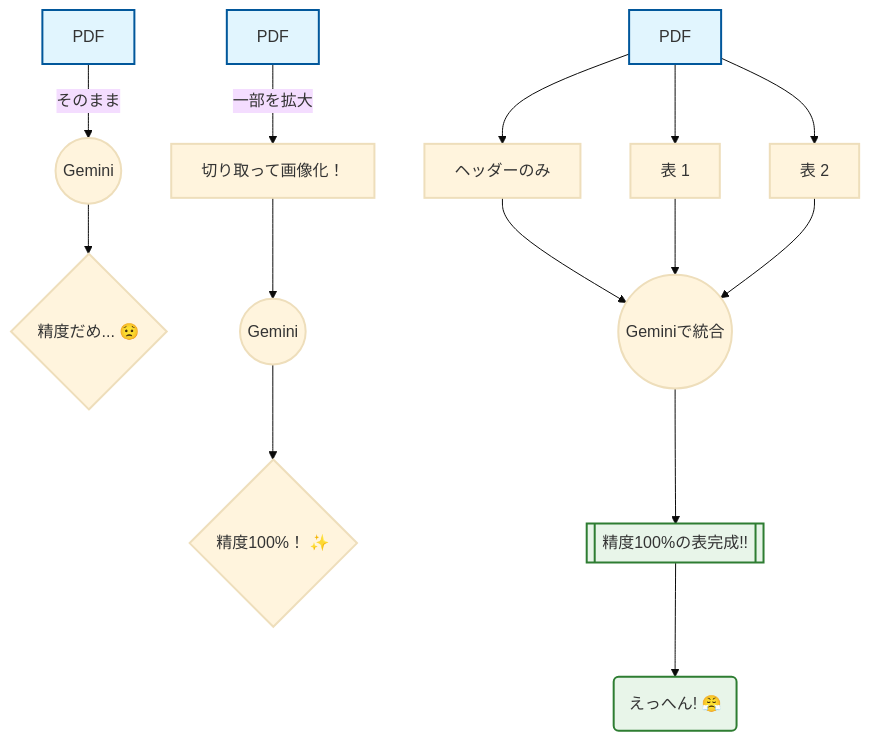
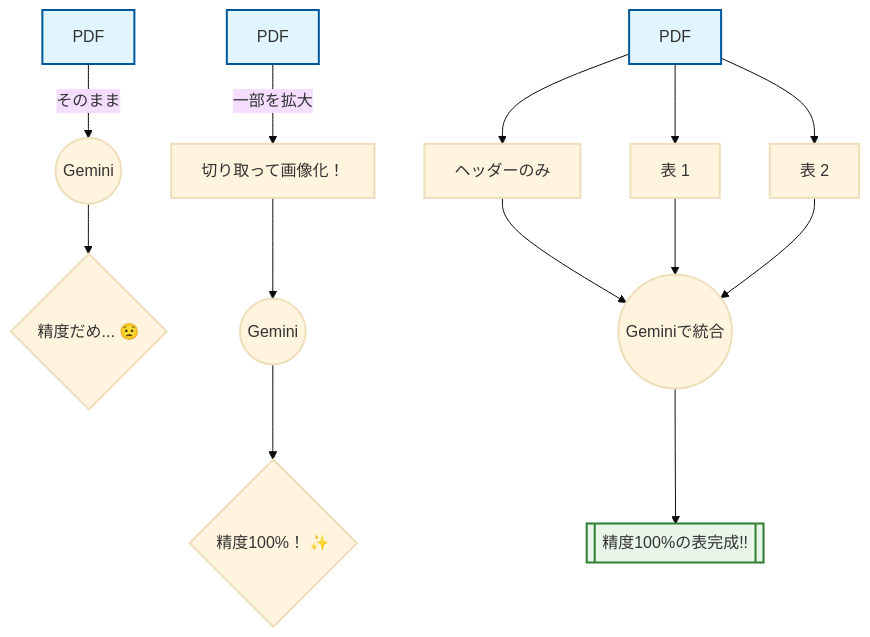
One commit to hayashi-antas/tool-selection-labo changed the diagram in comparisons/gemini-parse-step-by-step.md. Above: the diagram before and after it, drawn with Mermaid (base theme). The commit also changed other lines of this file, not shown here.

````diff
--- a/comparisons/gemini-parse-step-by-step.md
+++ b/comparisons/gemini-parse-step-by-step.md
@@ -1,29 +1,29 @@
 ```mermaid
 graph TD
     %% 全体のスタイル
     classDef default font-family:sans-serif, stroke-width:2px;
     classDef highlight fill:#e1f5fe,stroke:#01579b;
     classDef success fill:#e8f5e9,stroke:#2e7d32;
 
     %% ステップ1: そのまま
     PDF1[PDF] -->|そのまま| Gemini1((Gemini))
     Gemini1 --> Bad{精度だめ... 😟}
 
     %% ステップ2: 画像化
     PDF2[PDF] -->|一部を拡大| Crop[切り取って画像化！]
     Crop --> Gemini2((Gemini))
     Gemini2 --> Good{精度100%！ ✨}
 
     %% ステップ3: 究極の解決策
     PDF3[PDF] --> H[ヘッダーのみ]
     PDF3 --> T1[表 1]
     PDF3 --> T2[表 2]
     
     H & T1 & T2 --> Gemini3((Geminiで統合))
     Gemini3 --> Final[[精度100%の表完成!!]]
-    Final --> Win(えっへん! 😤)
+  
 
     %% スタイル適用
     class PDF1,PDF2,PDF3 highlight;
     class Final,Win success;
 ```
````
